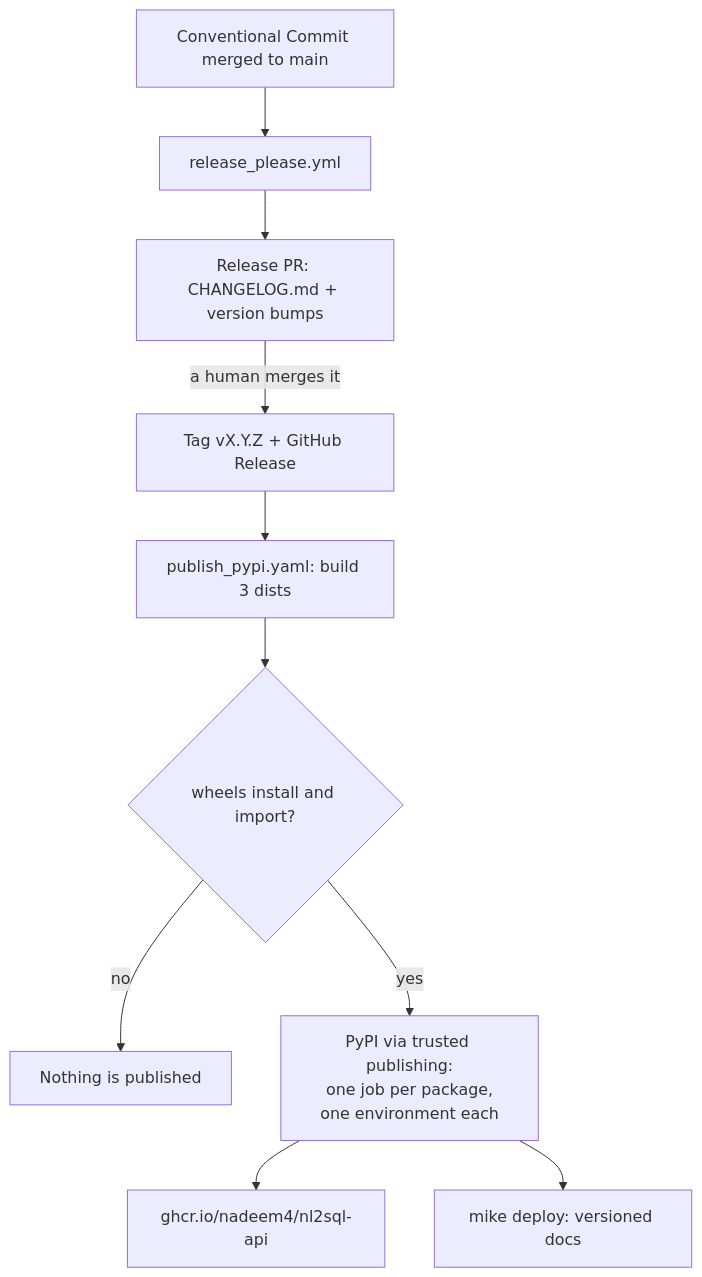
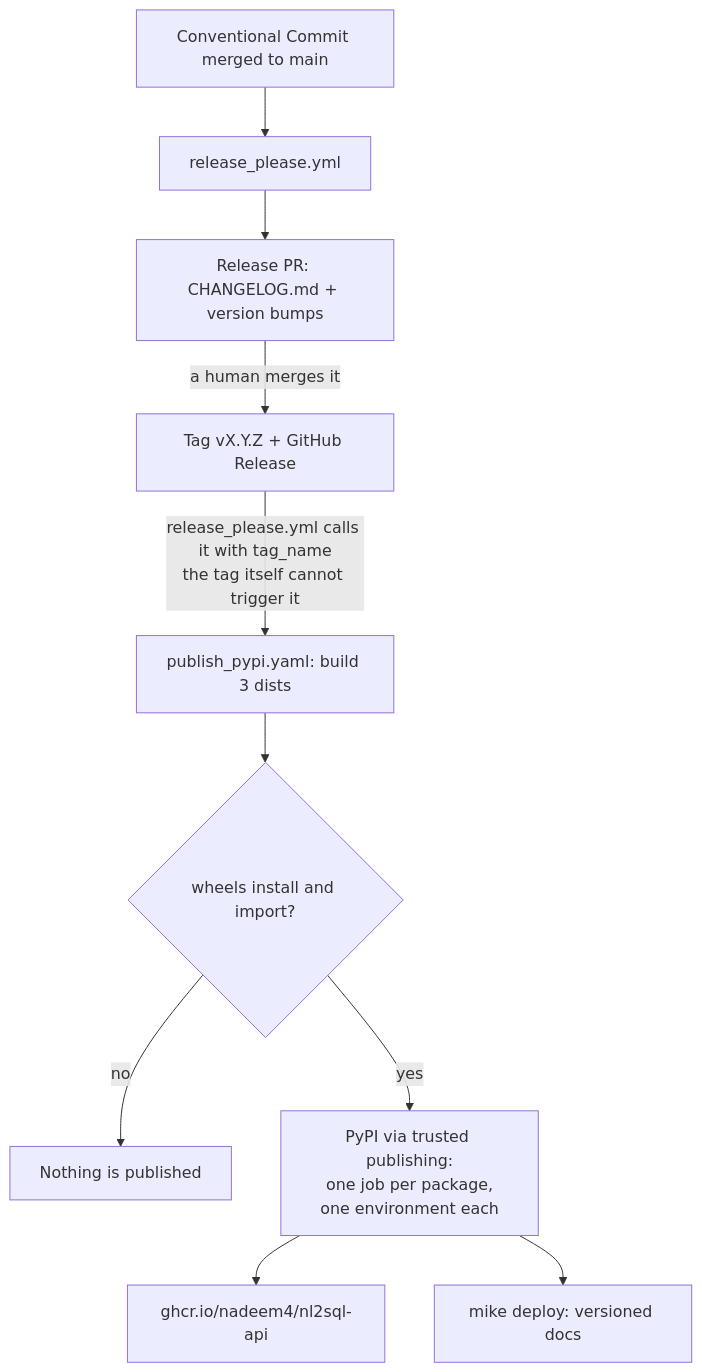
One commit to nadeem4/nl2sql changed the first of 2 diagrams in docs/development/releasing.md. Above: the diagram before and after it, drawn with Mermaid. The commit also changed other lines of this file and 2 other files, not shown here.

Commit message:
ci: publish from release-please outputs and allow manual dispatch

````diff
--- a/docs/development/releasing.md
+++ b/docs/development/releasing.md
@@ -14,12 +14,12 @@
 ```mermaid
 flowchart TD
     C[Conventional Commit merged to main] --> RP[release_please.yml]
     RP --> PR[Release PR: CHANGELOG.md + version bumps]
     PR -->|a human merges it| TAG[Tag vX.Y.Z + GitHub Release]
-    TAG --> B[publish_pypi.yaml: build 3 dists]
+    TAG -->|release_please.yml calls it with tag_name<br/>the tag itself cannot trigger it| B[publish_pypi.yaml: build 3 dists]
     B --> S{wheels install and import?}
     S -->|no| STOP[Nothing is published]
     S -->|yes| PY[PyPI via trusted publishing:<br/>one job per package,<br/>one environment each]
     PY --> GH[ghcr.io/nadeem4/nl2sql-api]
     PY --> D[mike deploy: versioned docs]
 ```
````
